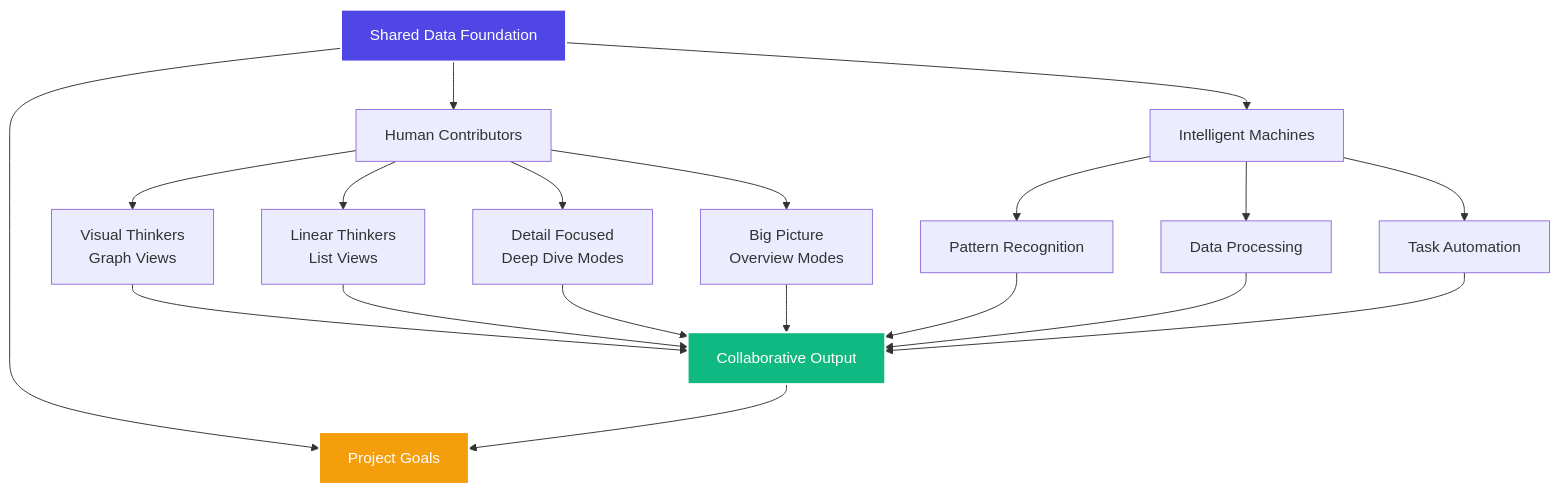
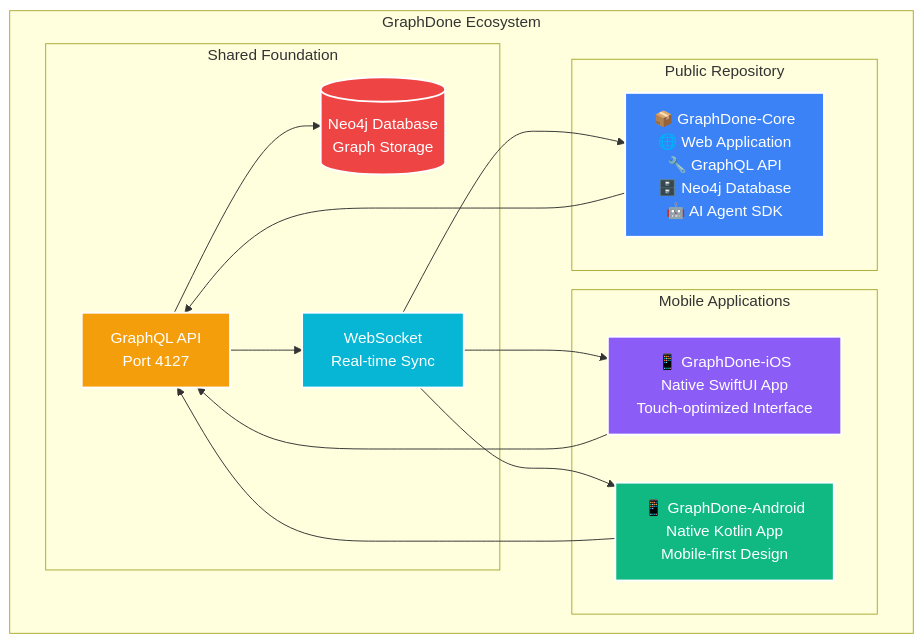
Before and after one commit to GraphDone/.github: the diagram in profile/README.md, drawn with Mermaid. The commit also changed other lines of this file, not shown here.

Commit message:
Update organization profile with public repository links
- Add prominent links to GraphDone-Core repository and documentation at top
- Replace overview diagram with comprehensive GraphDone ecosystem architecture
- Show complete structure including GraphDone-Core, GraphDone-iOS, and GraphDone-Android
- Update project structure section to highlight public GraphDone-Core with direct links
- Maintain clear distinction between public and private repositories
- Provide easy access to comprehensive documentation for developers

This improves discoverability of the public GraphDone-Core repository and its
extensive documentation while showing the complete ecosystem architecture.

````diff
--- a/profile/README.md
+++ b/profile/README.md
@@ -12,29 +17,37 @@
 ```mermaid
 graph TB
-    A[Shared Data Foundation] --> B[Human Contributors]
-    A --> C[Intelligent Machines]
-    A --> D[Project Goals]
+    subgraph "GraphDone Ecosystem"
+        subgraph "Public Repository"
+            CORE[📦 GraphDone-Core<br/>🌐 Web Application<br/>🔧 GraphQL API<br/>🗄️ Neo4j Database<br/>🤖 AI Agent SDK]
+        end
+        
+        subgraph "Mobile Applications"
+            IOS[📱 GraphDone-iOS<br/>Native SwiftUI App<br/>Touch-optimized Interface]
+            ANDROID[📱 GraphDone-Android<br/>Native Kotlin App<br/>Mobile-first Design]
+        end
+        
+        subgraph "Shared Foundation"
+            API[GraphQL API<br/>Port 4127]
+            DB[(Neo4j Database<br/>Graph Storage)]
+            REALTIME[WebSocket<br/>Real-time Sync]
+        end
+    end
     
-    B --> E[Visual Thinkers<br/>Graph Views]
-    B --> F[Linear Thinkers<br/>List Views]
-    B --> G[Detail Focused<br/>Deep Dive Modes]
-    B --> H[Big Picture<br/>Overview Modes]
+    CORE --> API
+    API --> DB
+    API --> REALTIME
     
-    C --> I[Pattern Recognition]
-    C --> J[Data Processing]
-    C --> K[Task Automation]
+    IOS --> API
+    ANDROID --> API
     
-    E --> L[Collaborative Output]
-    F --> L
-    G --> L
-    H --> L
-    I --> L
-    J --> L
-    K --> L
+    REALTIME --> IOS
+    REALTIME --> ANDROID
+    REALTIME --> CORE
     
-    L --> D
-    
-    style A fill:#4f46e5,stroke:#fff,stroke-width:2px,color:#fff
-    style L fill:#10b981,stroke:#fff,stroke-width:2px,color:#fff
-    style D fill:#f59e0b,stroke:#fff,stroke-width:2px,color:#fff
+    style CORE fill:#3b82f6,stroke:#fff,stroke-width:2px,color:#fff
+    style IOS fill:#8b5cf6,stroke:#fff,stroke-width:2px,color:#fff
+    style ANDROID fill:#10b981,stroke:#fff,stroke-width:2px,color:#fff
+    style API fill:#f59e0b,stroke:#fff,stroke-width:2px,color:#fff
+    style DB fill:#ef4444,stroke:#fff,stroke-width:2px,color:#fff
+    style REALTIME fill:#06b6d4,stroke:#fff,stroke-width:2px,color:#fff
 ```
````
